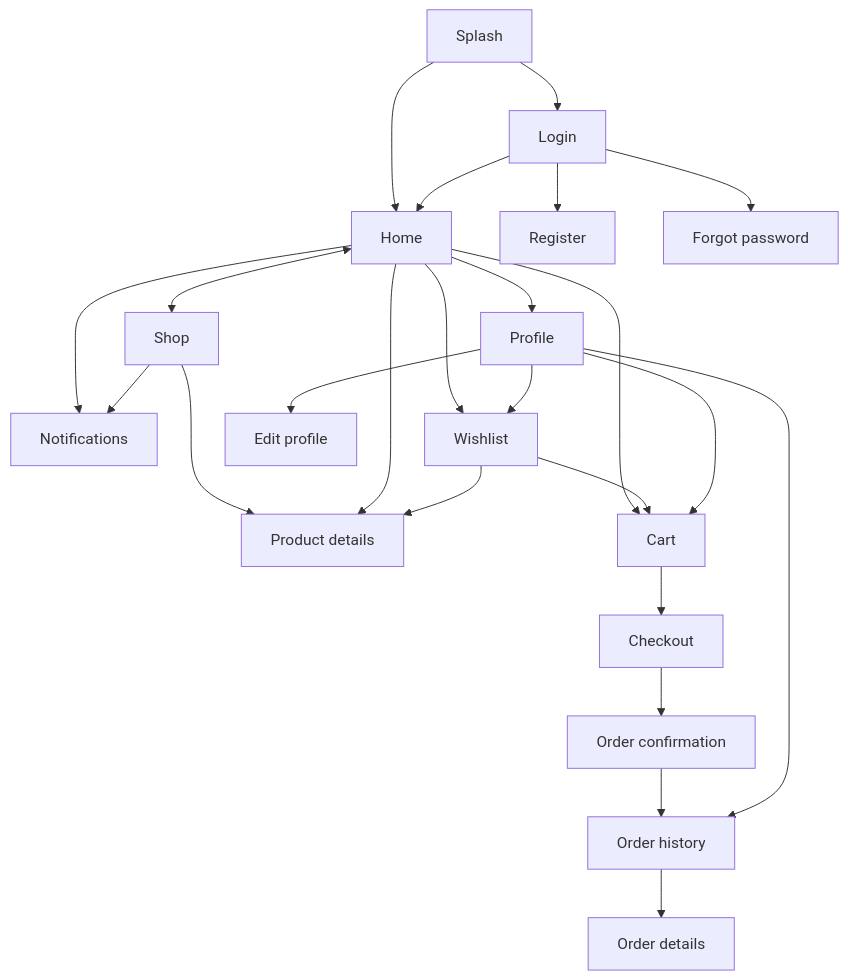
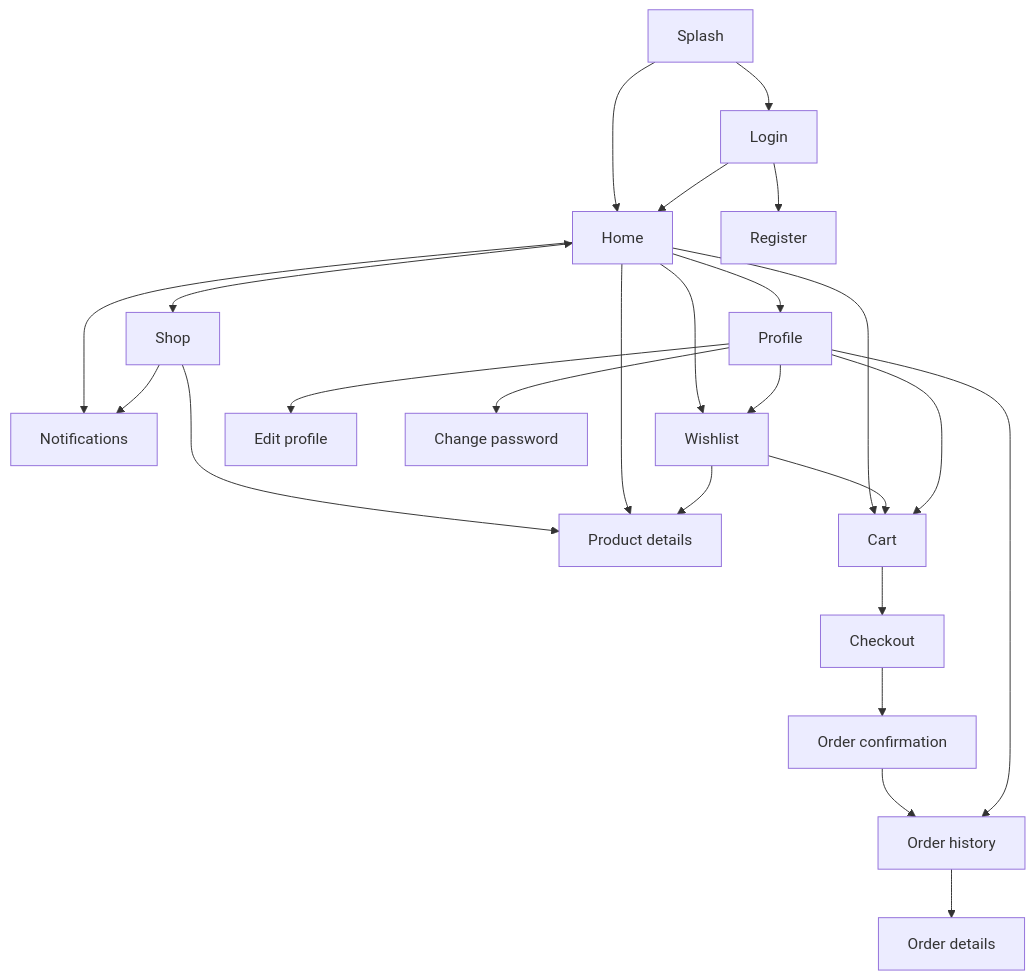
The second of 2 diagrams in docs/usecase.md (Nornsochetra/e-commerce-app), drawn with Mermaid before and after one commit. The commit also changed other lines of this file and 34 other files, not shown here.

First line of the commit message:
feat: change password from Profile, drop forgot password, keep sessions across restarts

````diff
--- a/docs/usecase.md
+++ b/docs/usecase.md
@@ -230,28 +234,28 @@
 ```mermaid
 flowchart TD
     Splash --> Login
     Splash --> Home
     Login --> Register
-    Login --> ForgotPassword[Forgot password]
     Login --> Home
 
     Home <--> Shop
     Shop --> ProductDetails[Product details]
     Home --> ProductDetails
     Home --> Notifications
     Shop --> Notifications
 
     Home --> Wishlist
     Home --> Cart
     Home --> Profile
     Wishlist --> ProductDetails
     Wishlist --> Cart
     Cart --> Checkout
     Checkout --> Confirmation[Order confirmation]
     Confirmation --> OrderHistory[Order history]
     Profile --> EditProfile[Edit profile]
+    Profile --> ChangePassword[Change password]
     Profile --> OrderHistory
     Profile --> Wishlist
     Profile --> Cart
     OrderHistory --> OrderDetails[Order details]
 ```
````
